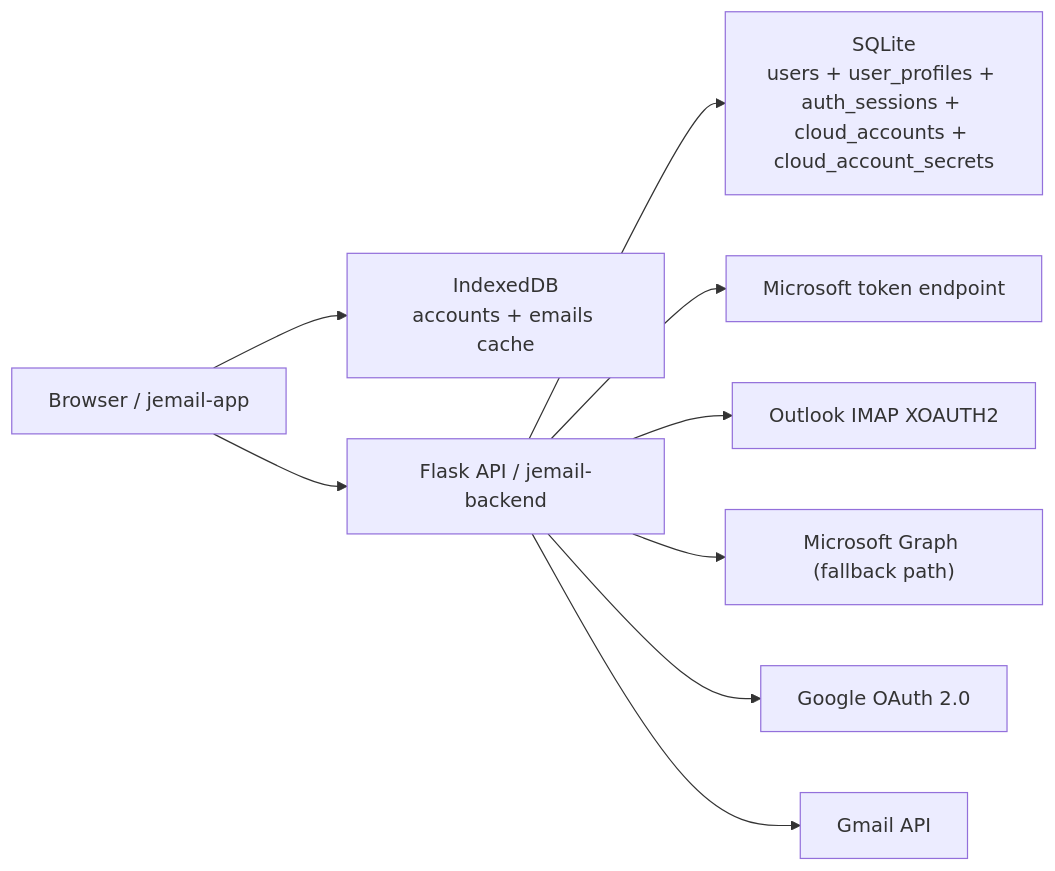
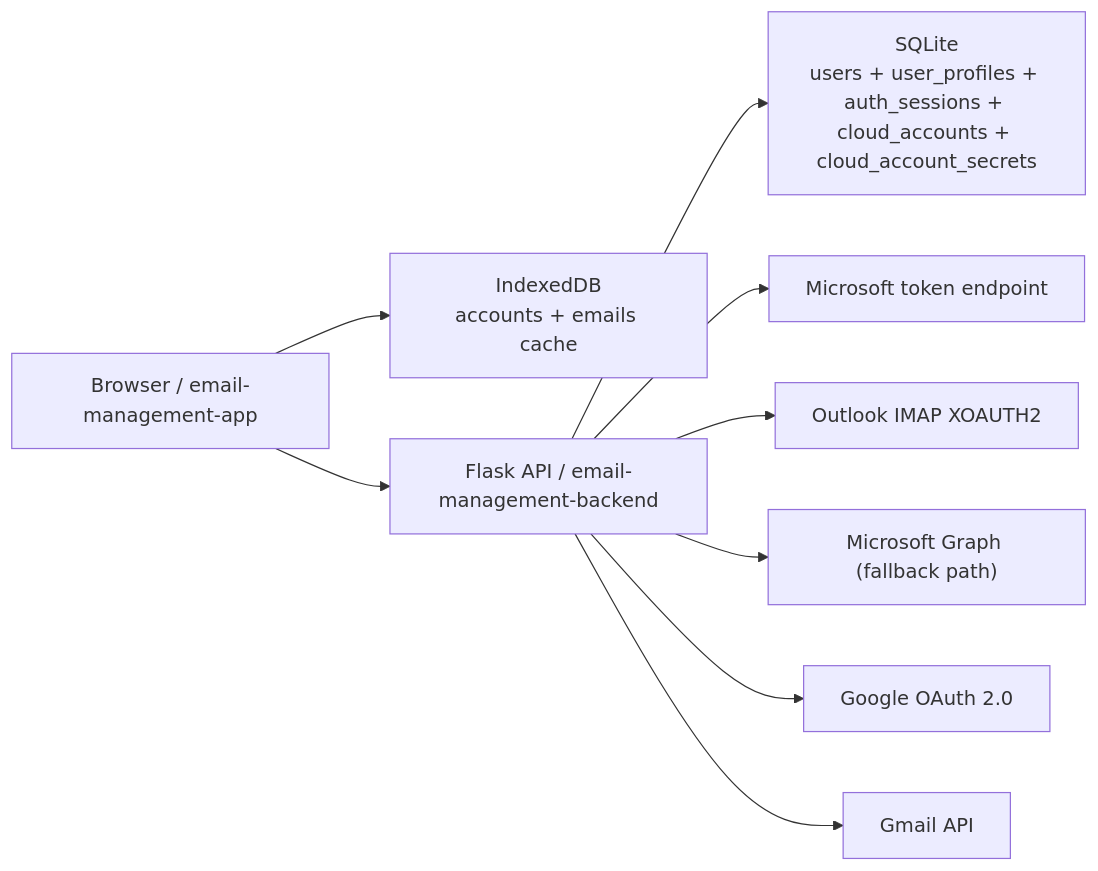
The diagram in docs/architecture.md (AISymbiote/email-management-worker), drawn with Mermaid before and after one commit. The commit also changed other lines of this file and 60 other files, not shown here.

Commit message:
add initial backend and frontend setup for email management worker

````diff
--- a/docs/architecture.md
+++ b/docs/architecture.md
@@ -16,11 +16,11 @@
 ```mermaid
 flowchart LR
-    Browser["Browser / jemail-app"] --> IndexedDB["IndexedDB<br/>accounts + emails cache"]
-    Browser --> API["Flask API / jemail-backend"]
+    Browser["Browser / email-management-app"] --> IndexedDB["IndexedDB<br/>accounts + emails cache"]
+    Browser --> API["Flask API / email-management-backend"]
     API --> SQLite["SQLite<br/>users + user_profiles + auth_sessions + cloud_accounts + cloud_account_secrets"]
     API --> Token["Microsoft token endpoint"]
     API --> IMAP["Outlook IMAP XOAUTH2"]
     API --> Graph["Microsoft Graph (fallback path)"]
     API --> GoogleOAuth["Google OAuth 2.0"]
     API --> GmailAPI["Gmail API"]
 ```
````
